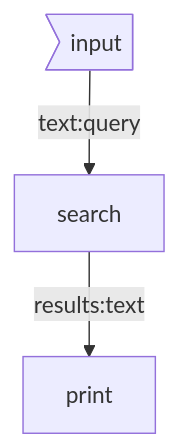
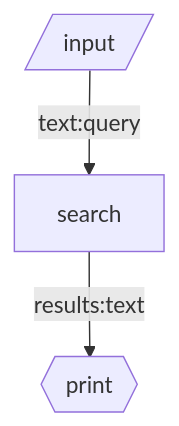
One commit to breadboard-ai/breadboard changed the diagram in seeds/graph-playground/docs/graphs/just-search.md. Above: the diagram before and after it, drawn with Mermaid. The commit also changed 11 other files, not shown here.

Commit message:
[graph-playground] Update diagrams.

````diff
--- a/seeds/graph-playground/docs/graphs/just-search.md
+++ b/seeds/graph-playground/docs/graphs/just-search.md
@@ -4,5 +4,5 @@
 ```mermaid
 graph TD;
-input>input] -- text:query --> search
-search -- results:text --> print
+input[/input/] -- text:query --> search
+search -- results:text --> print{{print}}
 ```
````
